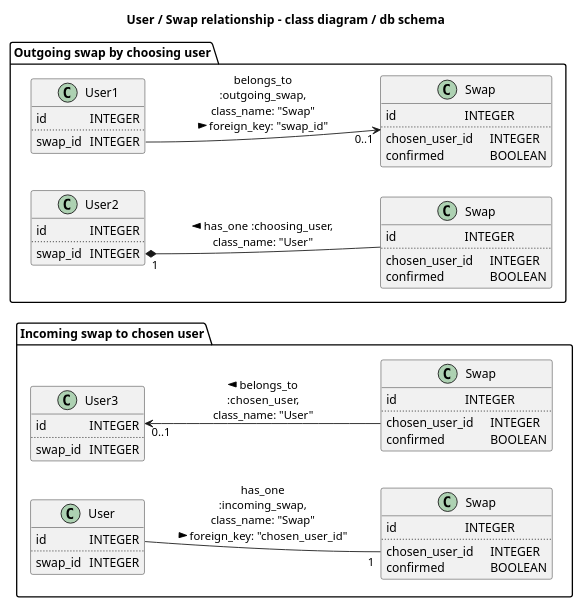
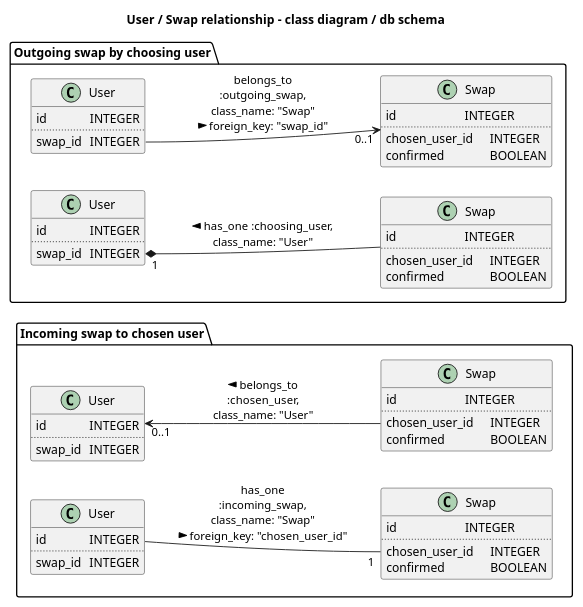
One commit to swapmyvote/swapmyvote changed the diagram in doc/user-swap-schema.plantuml. Above: the diagram before and after it, drawn with PlantUML.

Commit message:
remove numbers from classes

```diff
--- a/doc/user-swap-schema.plantuml
+++ b/doc/user-swap-schema.plantuml
@@ -1,82 +1,82 @@
 @startuml
 
 title User / Swap relationship - class diagram / db schema
 
 !pragma horizontalLineBetweenDifferentPackageAllowed
 
 scale 600 height
 ' skinparam nodesep 600
 left to right direction
 
 package "Incoming swap to chosen user" {
-  class "User3" as User3 {
+  class "User" as User3 {
     id \t\t INTEGER
     ..
     swap_id \t INTEGER
   }
 
   class "User" as User4 {
     id \t\t INTEGER
     ..
     swap_id \t INTEGER
   }
 
   class "Swap" as Swap3 {
     id \t\t\t INTEGER
     ..
     chosen_user_id \t INTEGER
     confirmed \t\t BOOLEAN
   }
 
   class "Swap" as Swap4 {
     id \t\t\t INTEGER
     ..
     chosen_user_id \t INTEGER
     confirmed \t\t BOOLEAN
   }
 
   User3 "0..1" <-- Swap3::chosen_user_id : < belongs_to\n:chosen_user,\nclass_name: "User"
   User4 -- "1" Swap4::chosen_user_id : has_one\n:incoming_swap,\nclass_name: "Swap"\nforeign_key: "chosen_user_id" >
 
   User3 -[hidden]left-> User4
   Swap3 -[hidden]left-> Swap4
 }
 
 package "Outgoing swap by choosing user" {
-  class "User1" as User1 {
+  class "User" as User1 {
     id \t\t INTEGER
     ..
     swap_id \t INTEGER
   }
 
-  class "User2" as User2 {
+  class "User" as User2 {
     id \t\t INTEGER
     ..
     swap_id \t INTEGER
   }
 
   class "Swap" as Swap1 {
     id \t\t\t INTEGER
     ..
     chosen_user_id \t INTEGER
     confirmed \t\t BOOLEAN
   }
 
   class "Swap" as Swap2 {
     id \t\t\t INTEGER
     ..
     chosen_user_id \t INTEGER
     confirmed \t\t BOOLEAN
   }
 
   User1::swap_id --> "0..1" Swap1 : belongs_to\n:outgoing_swap,\nclass_name: "Swap"\nforeign_key: "swap_id" >
   User2::swap_id "1" *-- Swap2 : < has_one :choosing_user,\nclass_name: "User"
 
   User1 -[hidden]left-> User2
   Swap1 -[hidden]left-> Swap2
 }
 
 User2 -[hidden]right-> User3
 Swap2 -[hidden]right-> Swap3
 
 @enduml
```
